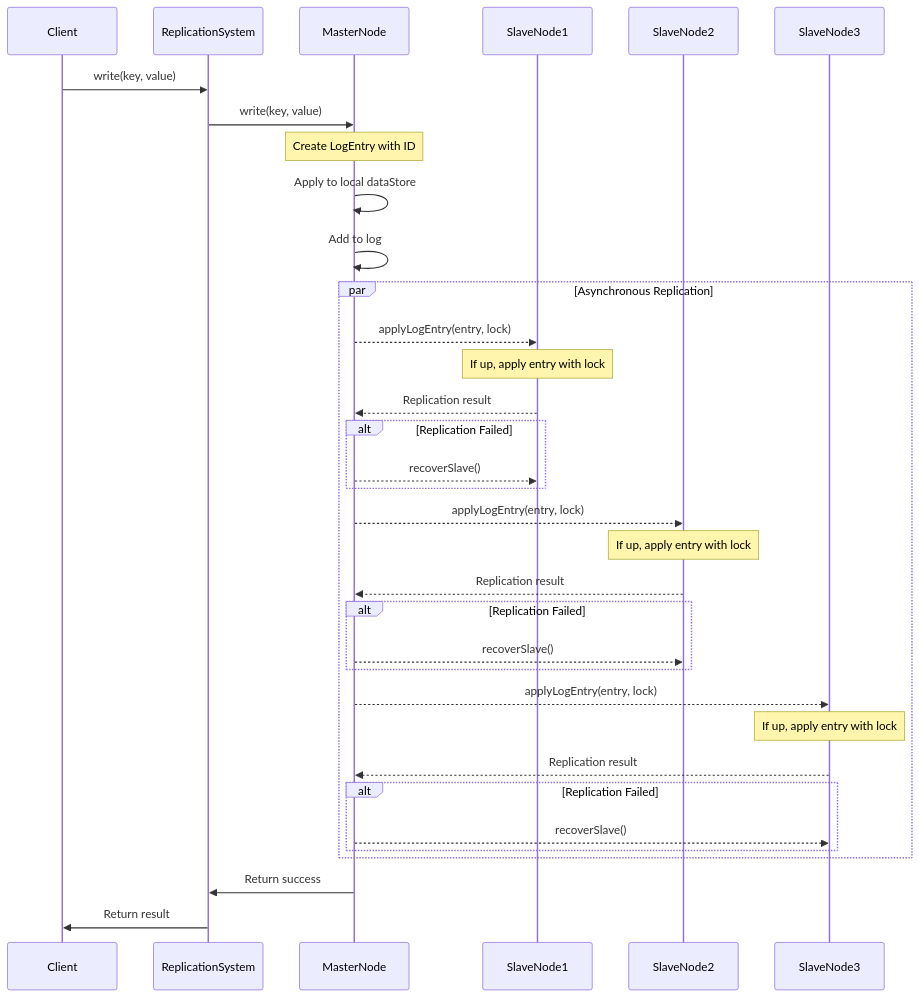
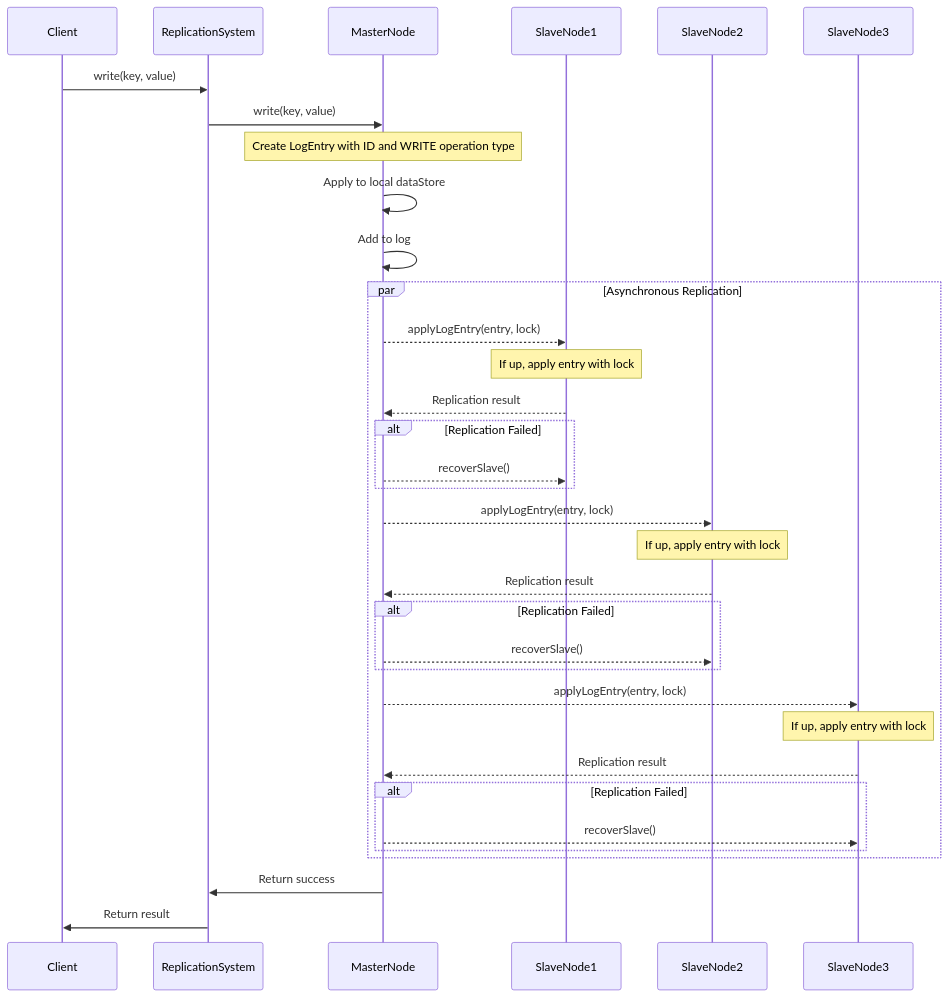
Before and after one commit to billycychan/master-slave-replication-java: the fourth of 9 diagrams in diagrams.md, drawn with Mermaid. The commit also changed other lines of this file, not shown here.

Commit message:
feat: update the diagrams for delete operation

````diff
--- a/diagrams.md
+++ b/diagrams.md
@@ -259,42 +293,42 @@
 ```mermaid
 sequenceDiagram
     participant Client
     participant ReplicationSystem
     participant MasterNode
     participant SlaveNode1
     participant SlaveNode2
     participant SlaveNode3
 
     Client->>ReplicationSystem: write(key, value)
     ReplicationSystem->>MasterNode: write(key, value)
     
-    Note over MasterNode: Create LogEntry with ID
+    Note over MasterNode: Create LogEntry with ID and WRITE operation type
     MasterNode->>MasterNode: Apply to local dataStore
     MasterNode->>MasterNode: Add to log
     
     par Asynchronous Replication
         MasterNode-->>SlaveNode1: applyLogEntry(entry, lock)
         Note over SlaveNode1: If up, apply entry with lock
         SlaveNode1-->>MasterNode: Replication result
         alt Replication Failed
             MasterNode-->>SlaveNode1: recoverSlave()
         end
 
         MasterNode-->>SlaveNode2: applyLogEntry(entry, lock)
         Note over SlaveNode2: If up, apply entry with lock
         SlaveNode2-->>MasterNode: Replication result
         alt Replication Failed
             MasterNode-->>SlaveNode2: recoverSlave()
         end
 
         MasterNode-->>SlaveNode3: applyLogEntry(entry, lock)
         Note over SlaveNode3: If up, apply entry with lock
         SlaveNode3-->>MasterNode: Replication result
         alt Replication Failed
             MasterNode-->>SlaveNode3: recoverSlave()
         end
     end
     
     MasterNode->>ReplicationSystem: Return success
     ReplicationSystem->>Client: Return result
 ```
````
